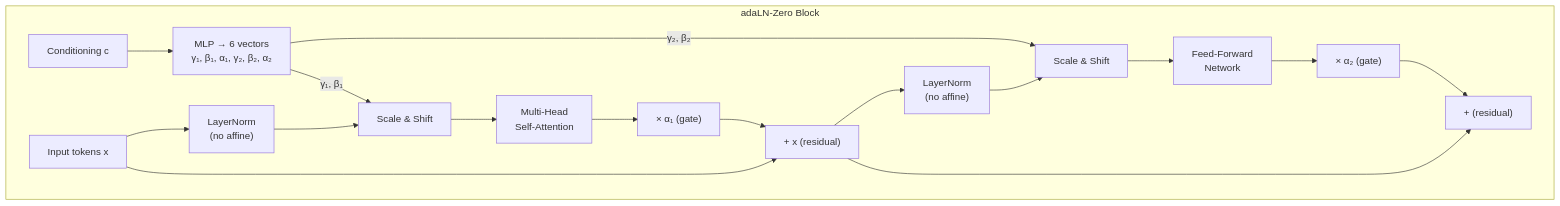
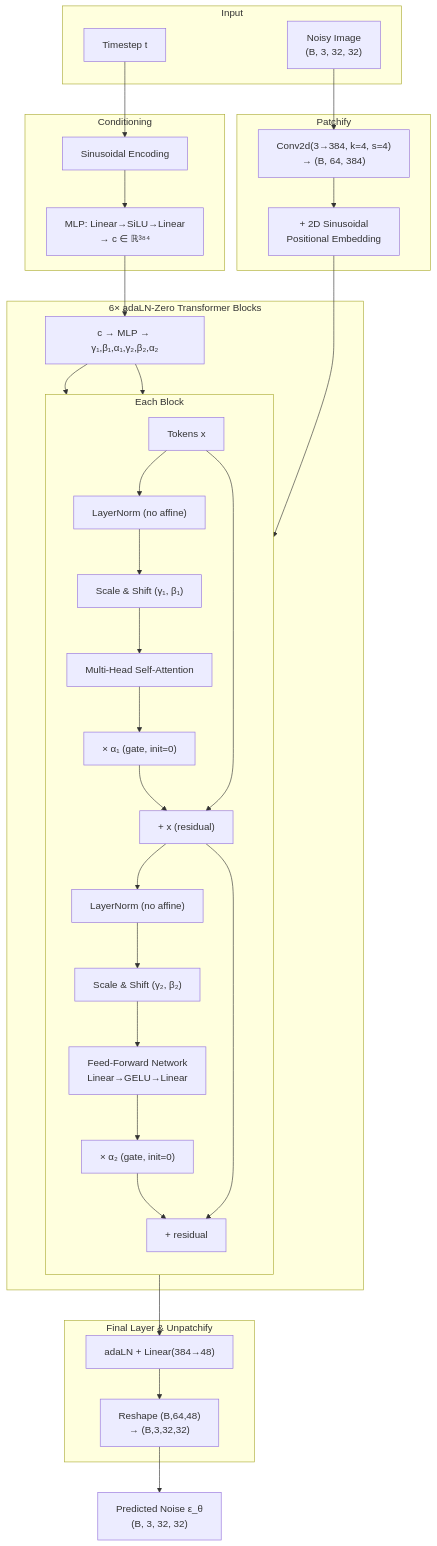
Before and after one commit to nisbenz/DiT-from-Scratch: the first of 3 diagrams in README.MD, drawn with Mermaid. The commit also changed other lines of this file and 3 other files, not shown here.

Commit message:
docs: update README with concise overview, result images, and flowcharts; add .gitignore for model weights.

````diff
--- a/README.MD
+++ b/README.MD
@@ -107,21 +36,48 @@
 ```mermaid
-flowchart TB
-    subgraph DiTBlock["adaLN-Zero Block"]
-        X["Input tokens x"] --> N1["LayerNorm\n(no affine)"]
-        C["Conditioning c"] --> MOD["MLP → 6 vectors\nγ₁, β₁, α₁, γ₂, β₂, α₂"]
-        MOD --> |"γ₁, β₁"| S1["Scale & Shift"]
-        N1 --> S1
-        S1 --> ATT["Multi-Head\nSelf-Attention"]
-        ATT --> G1["× α₁ (gate)"]
-        G1 --> ADD1["+ x (residual)"]
-        X --> ADD1
+flowchart TD
+    subgraph Input
+        A[" Noisy Image\n(B, 3, 32, 32)"]
+        T[" Timestep t"]
+    end
 
-        ADD1 --> N2["LayerNorm\n(no affine)"]
-        MOD --> |"γ₂, β₂"| S2["Scale & Shift"]
-        N2 --> S2
-        S2 --> FFN["Feed-Forward\nNetwork"]
-        FFN --> G2["× α₂ (gate)"]
-        G2 --> ADD2["+ (residual)"]
-        ADD1 --> ADD2
+    subgraph Patchify
+        A --> P["Conv2d(3→384, k=4, s=4)\n→ (B, 64, 384)"]
+        P --> PE["+ 2D Sinusoidal\nPositional Embedding"]
     end
+
+    subgraph Conditioning
+        T --> SE["Sinusoidal Encoding"]
+        SE --> MLP["MLP: Linear→SiLU→Linear\n→ c ∈ ℝ³⁸⁴"]
+    end
+
+    subgraph Transformer["6× adaLN-Zero Transformer Blocks"]
+        PE --> BLOCK
+        MLP --> MOD["c → MLP → γ₁,β₁,α₁,γ₂,β₂,α₂"]
+
+        subgraph BLOCK["Each Block"]
+            direction TB
+            IN["Tokens x"] --> LN1["LayerNorm (no affine)"]
+            LN1 --> SC1["Scale & Shift (γ₁, β₁)"]
+            SC1 --> ATTN["Multi-Head Self-Attention"]
+            ATTN --> G1["× α₁ (gate, init=0)"]
+            G1 --> R1["+ x (residual)"]
+            IN --> R1
+            R1 --> LN2["LayerNorm (no affine)"]
+            LN2 --> SC2["Scale & Shift (γ₂, β₂)"]
+            SC2 --> FFN["Feed-Forward Network\nLinear→GELU→Linear"]
+            FFN --> G2["× α₂ (gate, init=0)"]
+            G2 --> R2["+ residual"]
+            R1 --> R2
+        end
+
+        MOD --> SC1
+        MOD --> SC2
+    end
+
+    subgraph Decode["Final Layer & Unpatchify"]
+        R2 --> FL["adaLN + Linear(384→48)"]
+        FL --> UP["Reshape (B,64,48)\n→ (B,3,32,32)"]
+    end
+
+    UP --> OUT[" Predicted Noise ε_θ\n(B, 3, 32, 32)"]
 ```
````
